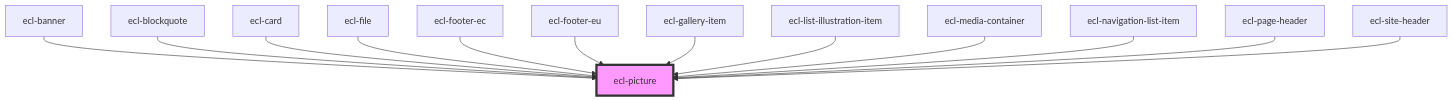
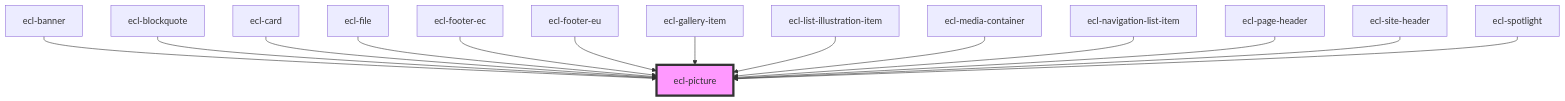
Before and after one commit to ec-europa/ecl-webcomponents: the diagram in src/components/ecl-picture/readme.md, drawn with Mermaid. The commit also changed other lines of this file and 15 other files, not shown here.

````diff
--- a/src/components/ecl-picture/readme.md
+++ b/src/components/ecl-picture/readme.md
@@ -39,16 +40,17 @@
 ```mermaid
 graph TD;
   ecl-banner --> ecl-picture
   ecl-blockquote --> ecl-picture
   ecl-card --> ecl-picture
   ecl-file --> ecl-picture
   ecl-footer-ec --> ecl-picture
   ecl-footer-eu --> ecl-picture
   ecl-gallery-item --> ecl-picture
   ecl-list-illustration-item --> ecl-picture
   ecl-media-container --> ecl-picture
   ecl-navigation-list-item --> ecl-picture
   ecl-page-header --> ecl-picture
   ecl-site-header --> ecl-picture
+  ecl-spotlight --> ecl-picture
   style ecl-picture fill:#f9f,stroke:#333,stroke-width:4px
 ```
````
